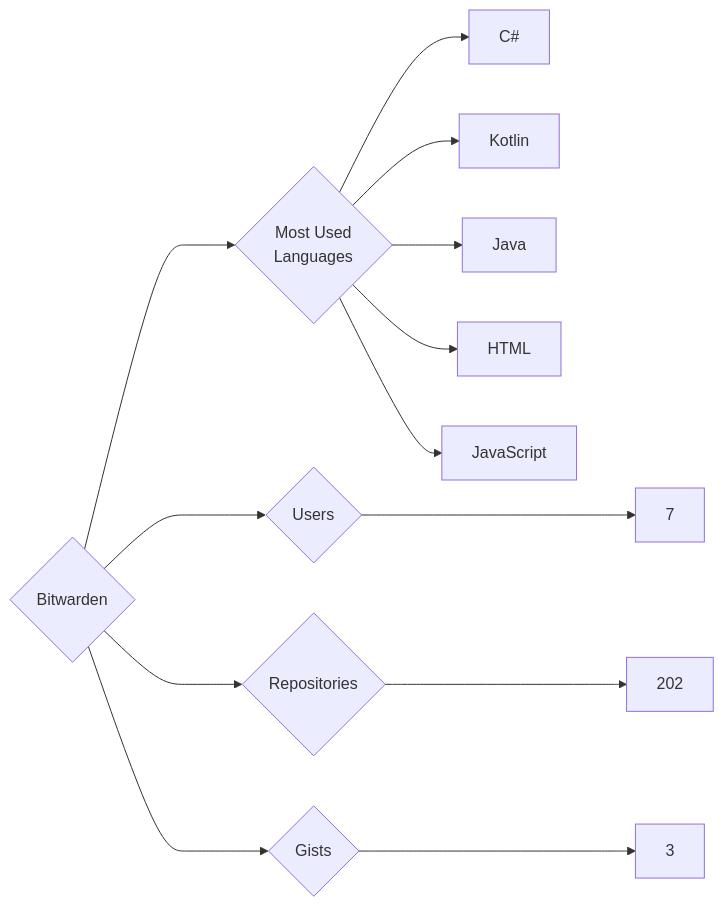
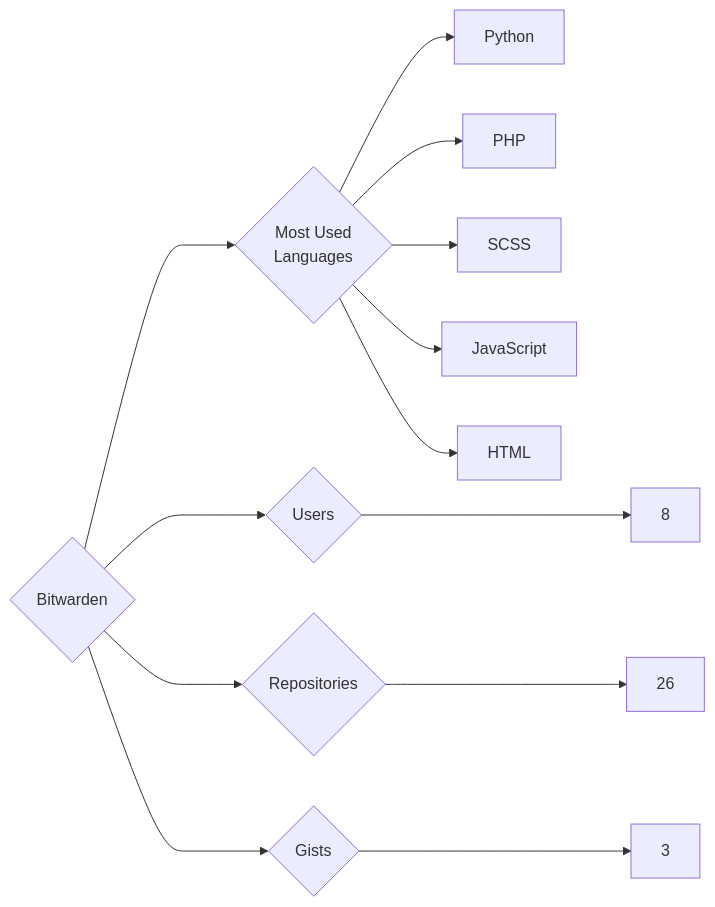
Before and after one commit to trickest/insiders: the diagram in targets/Bitwarden/README.md, drawn with Mermaid. The commit also changed 1007 other files, not shown here.

````diff
--- a/targets/Bitwarden/README.md
+++ b/targets/Bitwarden/README.md
@@ -3,13 +3,13 @@
 ```mermaid
 graph LR
 COMPANY_NAME{Bitwarden}
-COMPANY_NAME ---> U{Users} ---> UN[7]
-COMPANY_NAME ---> R{Repositories} ---> RN[202]
+COMPANY_NAME ---> U{Users} ---> UN[8]
+COMPANY_NAME ---> R{Repositories} ---> RN[26]
 COMPANY_NAME ---> G{Gists} ---> GN[3]
 COMPANY_NAME ---> ML{Most Used<br>Languages}
-ML --> C#[C#]
-ML --> Kotlin[Kotlin]
-ML --> Java[Java]
+ML --> Python[Python]
+ML --> PHP[PHP]
+ML --> SCSS[SCSS]
+ML --> JavaScript[JavaScript]
 ML --> HTML[HTML]
-ML --> JavaScript[JavaScript]
 ```
````
